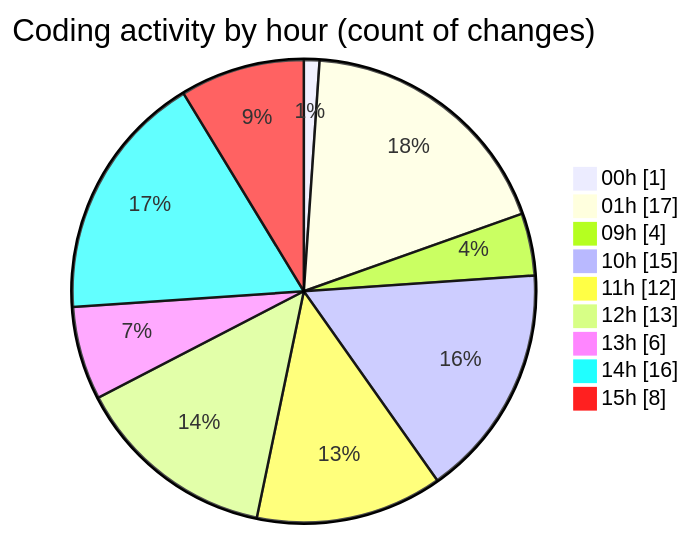
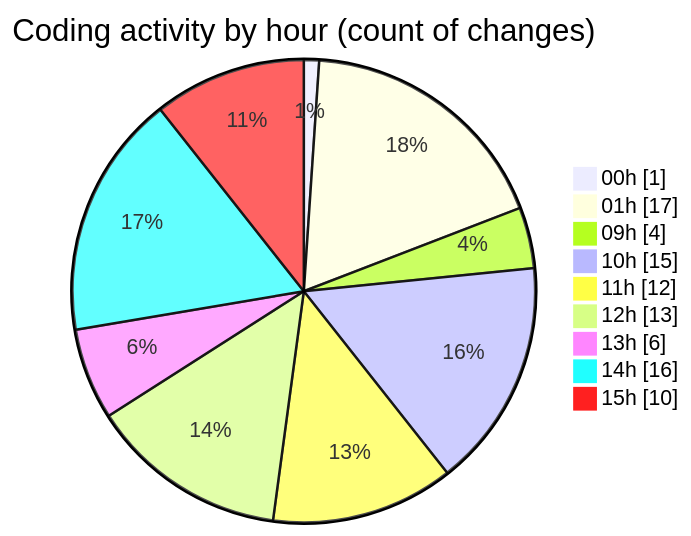
The second of 2 diagrams in 2025-11-01/cdp_aleoudev_fr__workspace_/README.md (julien-gomy/code-tracking), drawn with Mermaid before and after one commit. The commit also changed other lines of this file and 1 other file, not shown here.

````diff
--- a/2025-11-01/cdp_aleoudev_fr__workspace_/README.md
+++ b/2025-11-01/cdp_aleoudev_fr__workspace_/README.md
@@ -38,13 +38,13 @@
 ```mermaid
 pie showData
 title Coding activity by hour (count of changes)
 "00h" : 1
 "01h" : 17
 "09h" : 4
 "10h" : 15
 "11h" : 12
 "12h" : 13
 "13h" : 6
 "14h" : 16
-"15h" : 8
+"15h" : 10
 ```
````
